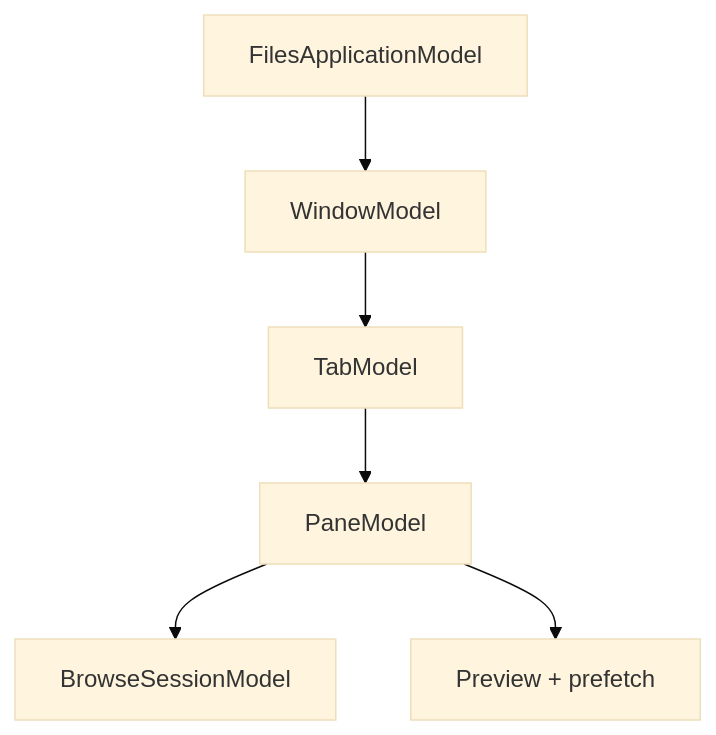
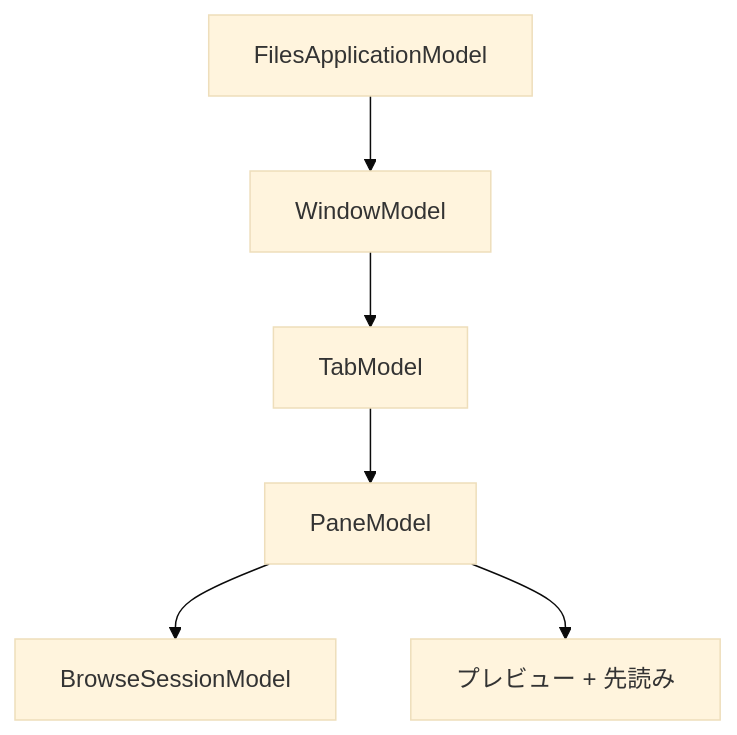
One commit to 0x5bfa/Files changed the first of 4 diagrams in docs/architecture/app-models.md. Above: the diagram before and after it, drawn with Mermaid (base theme). The commit also changed other lines of this file and 18 other files, not shown here.

Commit message:
Translate architecture docs to Japanese

````diff
--- a/docs/architecture/app-models.md
+++ b/docs/architecture/app-models.md
@@ -7,15 +6,15 @@
 ```mermaid
 flowchart TB
     App["FilesApplicationModel"]
     Window["WindowModel"]
     Tab["TabModel"]
     Pane["PaneModel"]
     Browse["BrowseSessionModel"]
-    Work["Preview + prefetch"]
+    Work["プレビュー + 先読み"]
 
     App --> Window
     Window --> Tab
     Tab --> Pane
     Pane --> Browse
     Pane --> Work
 ```
````
